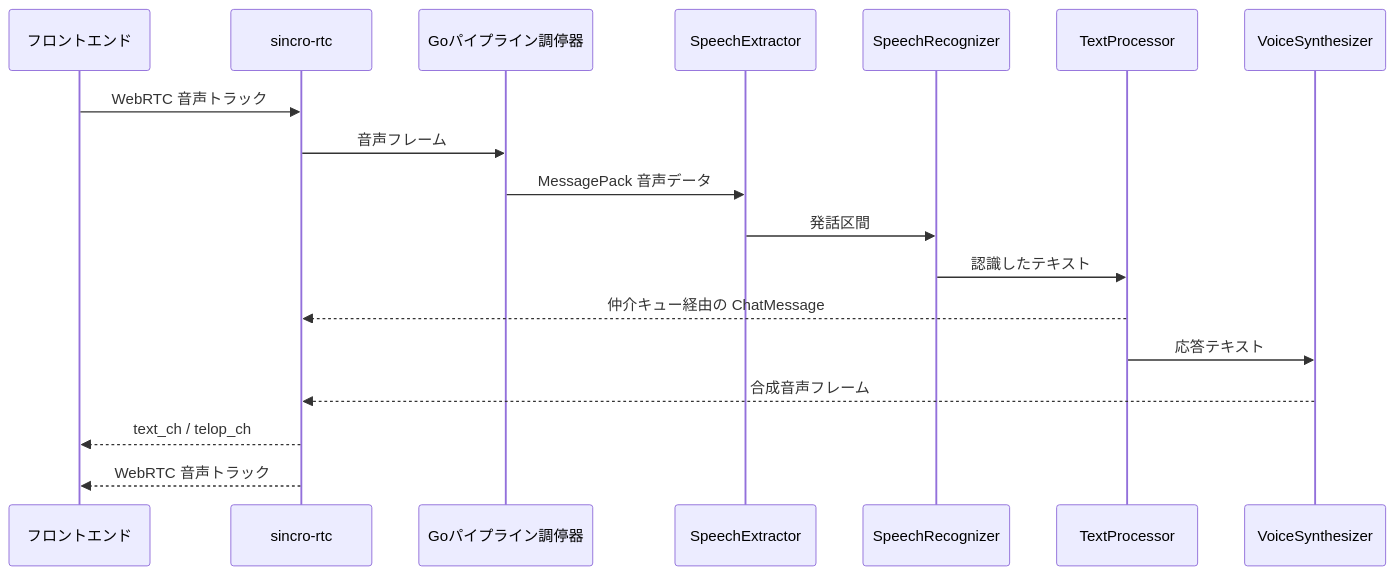
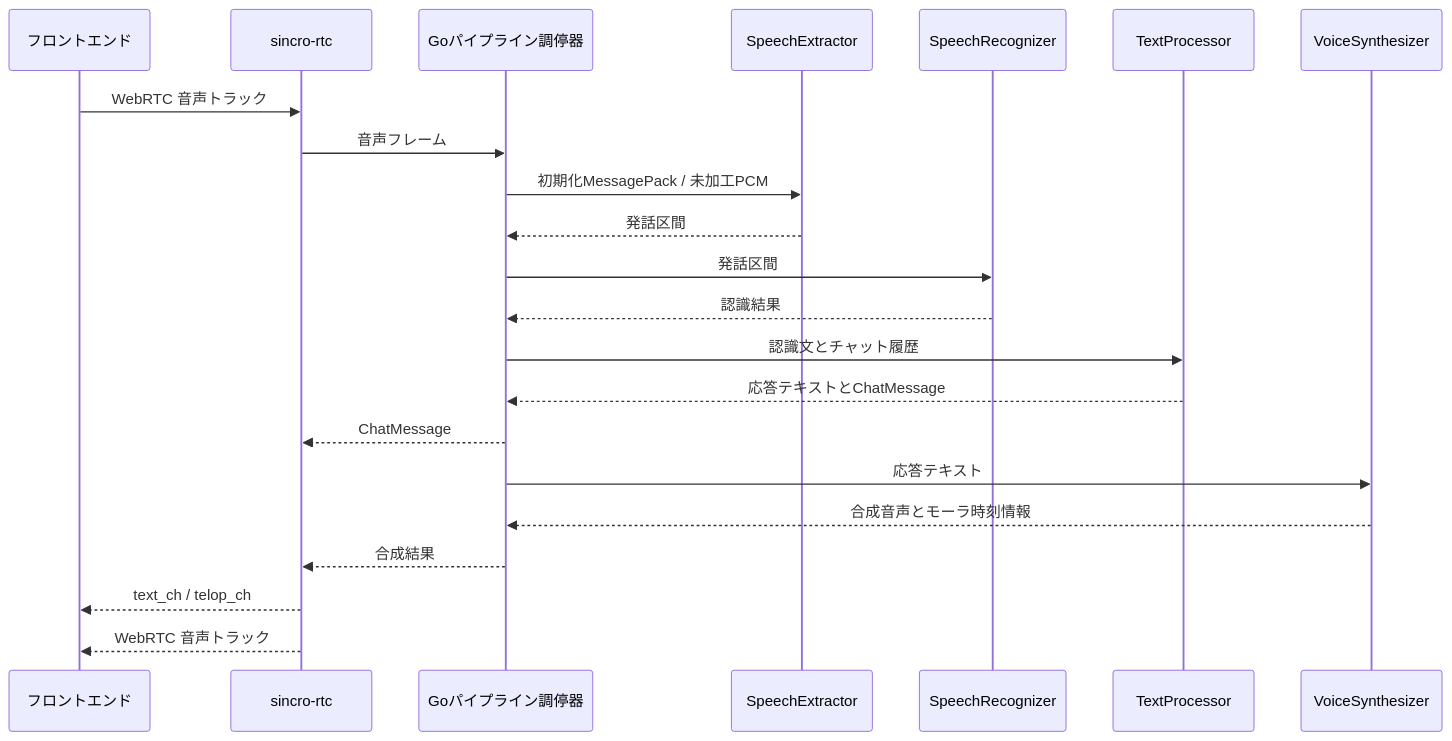
Before and after one commit to Sincromisor/Sincromisor: the diagram in documents/design/architecture/runtime-flow.md, drawn with Mermaid. The commit also changed other lines of this file and 23 other files, not shown here.

````diff
--- a/documents/design/architecture/runtime-flow.md
+++ b/documents/design/architecture/runtime-flow.md
@@ -30,21 +32,25 @@
 ```mermaid
 sequenceDiagram
     participant F as フロントエンド
     participant R as sincro-rtc
     participant B as Goパイプライン調停器
     participant E as SpeechExtractor
     participant A as SpeechRecognizer
     participant T as TextProcessor
     participant V as VoiceSynthesizer
 
     F->>R: WebRTC 音声トラック
     R->>B: 音声フレーム
-    B->>E: MessagePack 音声データ
-    E->>A: 発話区間
-    A->>T: 認識したテキスト
-    T-->>R: 仲介キュー経由の ChatMessage
-    T->>V: 応答テキスト
-    V-->>R: 合成音声フレーム
+    B->>E: 初期化MessagePack / 未加工PCM
+    E-->>B: 発話区間
+    B->>A: 発話区間
+    A-->>B: 認識結果
+    B->>T: 認識文とチャット履歴
+    T-->>B: 応答テキストとChatMessage
+    B-->>R: ChatMessage
+    B->>V: 応答テキスト
+    V-->>B: 合成音声とモーラ時刻情報
+    B-->>R: 合成結果
     R-->>F: text_ch / telop_ch
     R-->>F: WebRTC 音声トラック
 ```
````
